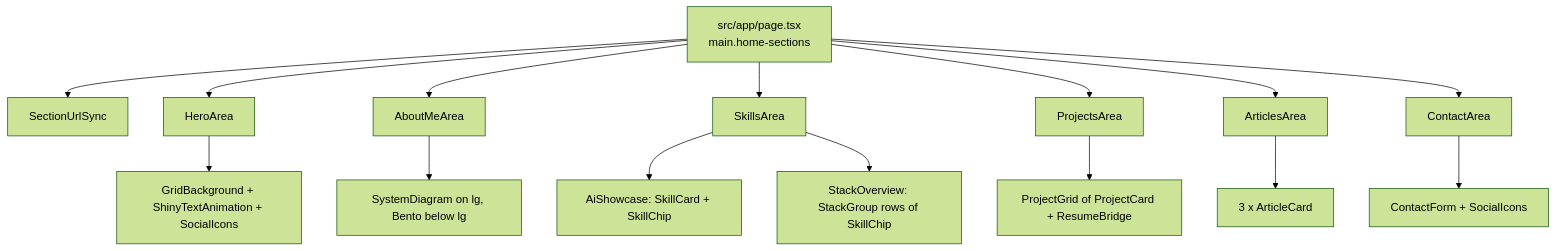
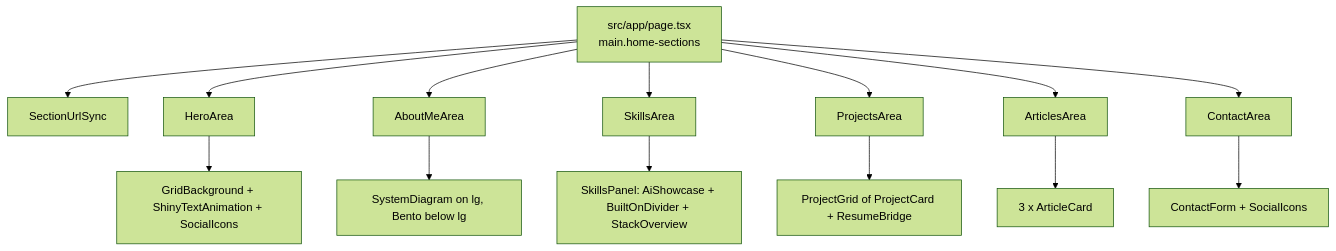
One commit to shibbirweb/shibbirweb.github.io changed the diagram in docs/wiki/Home-Page.md. Above: the diagram before and after it, drawn with Mermaid (forest theme). The commit also changed other lines of this file and 23 other files, not shown here.

First line of the commit message:
feat(skills): bordered AI cards and card-style hover glow on chips

````diff
--- a/docs/wiki/Home-Page.md
+++ b/docs/wiki/Home-Page.md
@@ -18,17 +18,16 @@
 ```mermaid
 flowchart TD
     P[src/app/page.tsx<br/>main.home-sections] --> S0[SectionUrlSync]
     P --> H[HeroArea]
     P --> A[AboutMeArea]
     P --> SK[SkillsArea]
     P --> PR[ProjectsArea]
     P --> AR[ArticlesArea]
     P --> C[ContactArea]
     H --> H1[GridBackground + ShinyTextAnimation + SocialIcons]
     A --> A1[SystemDiagram on lg, Bento below lg]
-    SK --> SK1[AiShowcase: SkillCard + SkillChip]
-    SK --> SK2[StackOverview: StackGroup rows of SkillChip]
+    SK --> SK1[SkillsPanel: AiShowcase + BuiltOnDivider + StackOverview]
     PR --> PR1[ProjectGrid of ProjectCard + ResumeBridge]
     AR --> AR1[3 x ArticleCard]
     C --> C1[ContactForm + SocialIcons]
 ```
````
